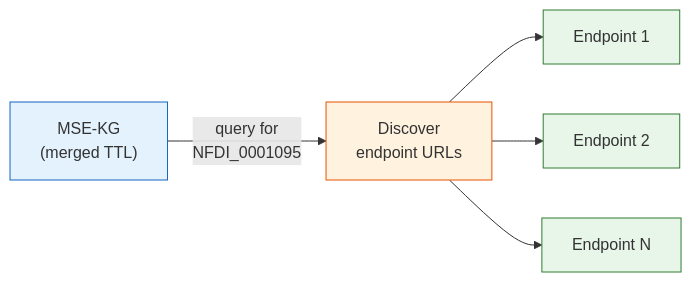
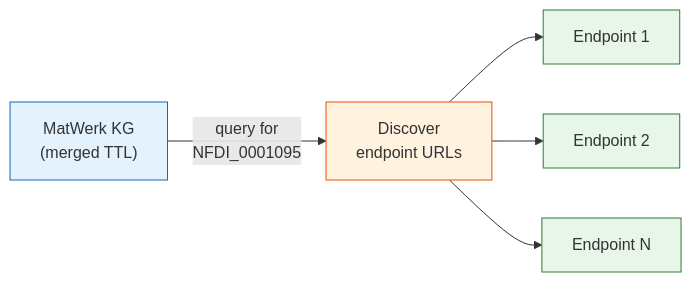
The fifth of 9 diagrams in docs/pipeline/harvesters.md (ISE-FIZKarlsruhe/matwerk), drawn with Mermaid before and after one commit. The commit also changed other lines of this file and 94 other files, not shown here.

Commit message:
matwerk kg instead of mse kg

````diff
--- a/docs/pipeline/harvesters.md
+++ b/docs/pipeline/harvesters.md
@@ -222,13 +222,13 @@
 ```mermaid
 graph LR
-    MSE["MSE-KG<br/>(merged TTL)"] -->|"query for<br/>NFDI_0001095"| DISC["Discover<br/>endpoint URLs"]
+    MATWERK["MatWerk KG<br/>(merged TTL)"] -->|"query for<br/>NFDI_0001095"| DISC["Discover<br/>endpoint URLs"]
     DISC --> EP1["Endpoint 1"]
     DISC --> EP2["Endpoint 2"]
     DISC --> EP3["Endpoint N"]
 
-    style MSE fill:#e3f2fd,stroke:#1565c0
+    style MATWERK fill:#e3f2fd,stroke:#1565c0
     style DISC fill:#fff3e0,stroke:#e65100
     style EP1 fill:#e8f5e9,stroke:#2e7d32
     style EP2 fill:#e8f5e9,stroke:#2e7d32
     style EP3 fill:#e8f5e9,stroke:#2e7d32
 ```
````
